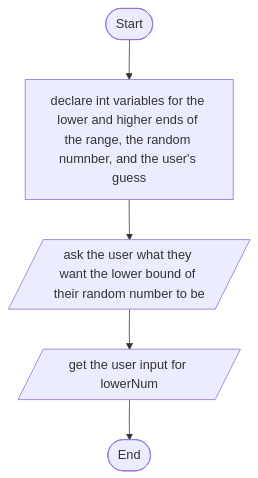
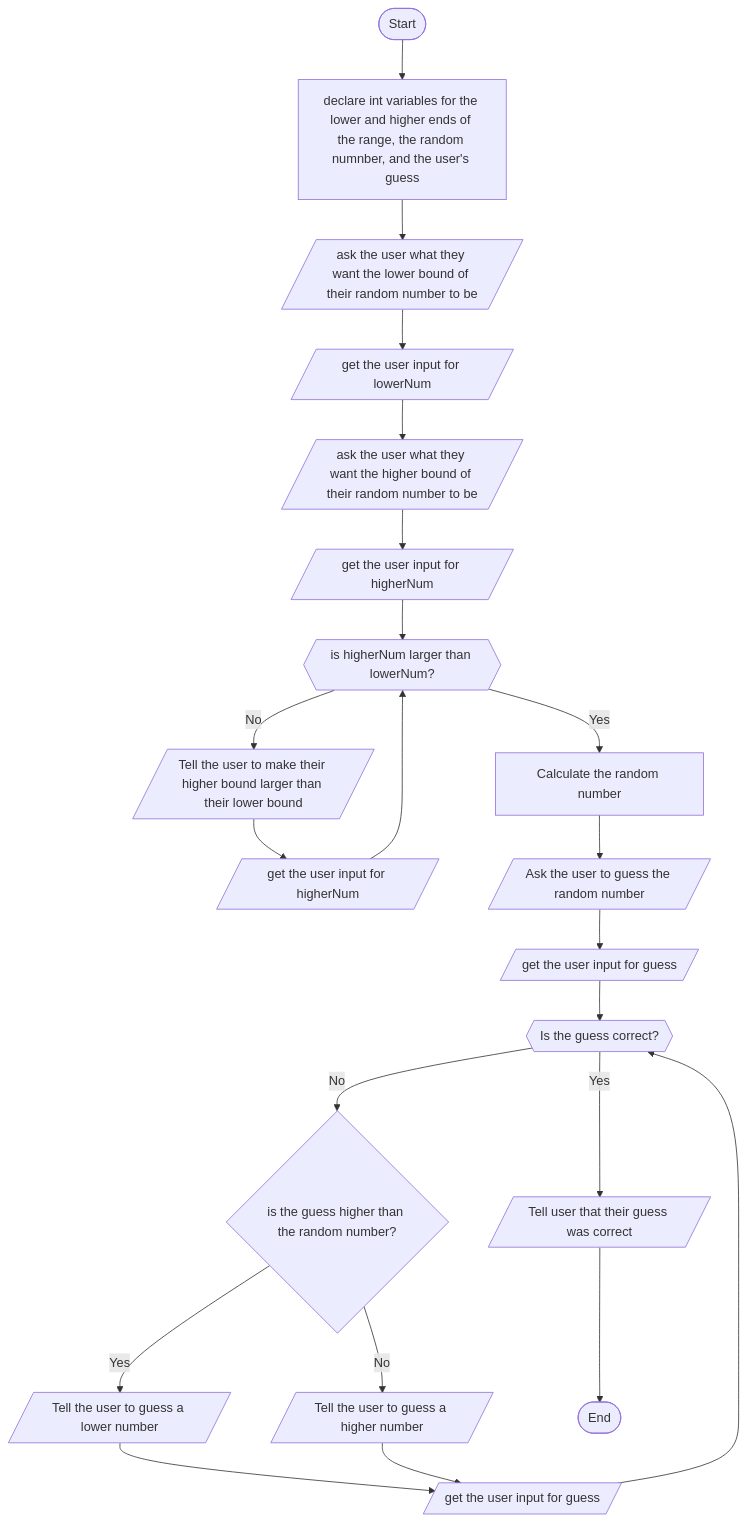
One commit to marcusOHara/marcusOHara.github.io changed the diagram in Guessing.md. Above: the diagram before and after it, drawn with Mermaid.

Commit message:
Update Guessing.md
Finished off the random number guessing game flowchart

````diff
--- a/Guessing.md
+++ b/Guessing.md
@@ -1,4 +1,14 @@
 ```mermaid
 flowchart TD
-Start([Start]) --> declare[declare int variables for the lower and higher ends of the range, the random numnber, and the user's guess] --> lowerQ[/ask the user what they want the lower bound of their random number to be/] --> lowerInp[/get the user input for lowerNum/] --> End([End])
+Start([Start]) --> declare[declare int variables for the lower and higher ends of the range, the random numnber, and the user's guess] --> lowerQ[/ask the user what they want the lower bound of their random number to be/] --> lowerInp[/get the user input for lowerNum/] --> higherQ[/ask the user what they want the higher bound of their random number to be/] --> higherInp[/get the user input for higherNum/] --> loopOne{{is higherNum larger than lowerNum?}}
+
+loopOne -->|No| warningOne[/Tell the user to make their higher bound larger than their lower bound/] --> higherInpTwo[/get the user input for higherNum/] --> loopOne
+
+loopOne -->|Yes| randomNum[Calculate the random number] --> guessQ[/Ask the user to guess the random number/] --> guessInp[/get the user input for guess/] --> loopTwo{{Is the guess correct?}}
+
+loopTwo -->|No| upOrDown{is the guess higher than the random number?}
+upOrDown -->|Yes| lower[/Tell the user to guess a lower number/] --> guessAgain[/get the user input for guess/] --> loopTwo
+upOrDown -->|No| higher[/Tell the user to guess a higher number/] --> guessAgain
+
+loopTwo -->|Yes| win[/Tell user that their guess was correct/] --> End([End])
 ```
````
